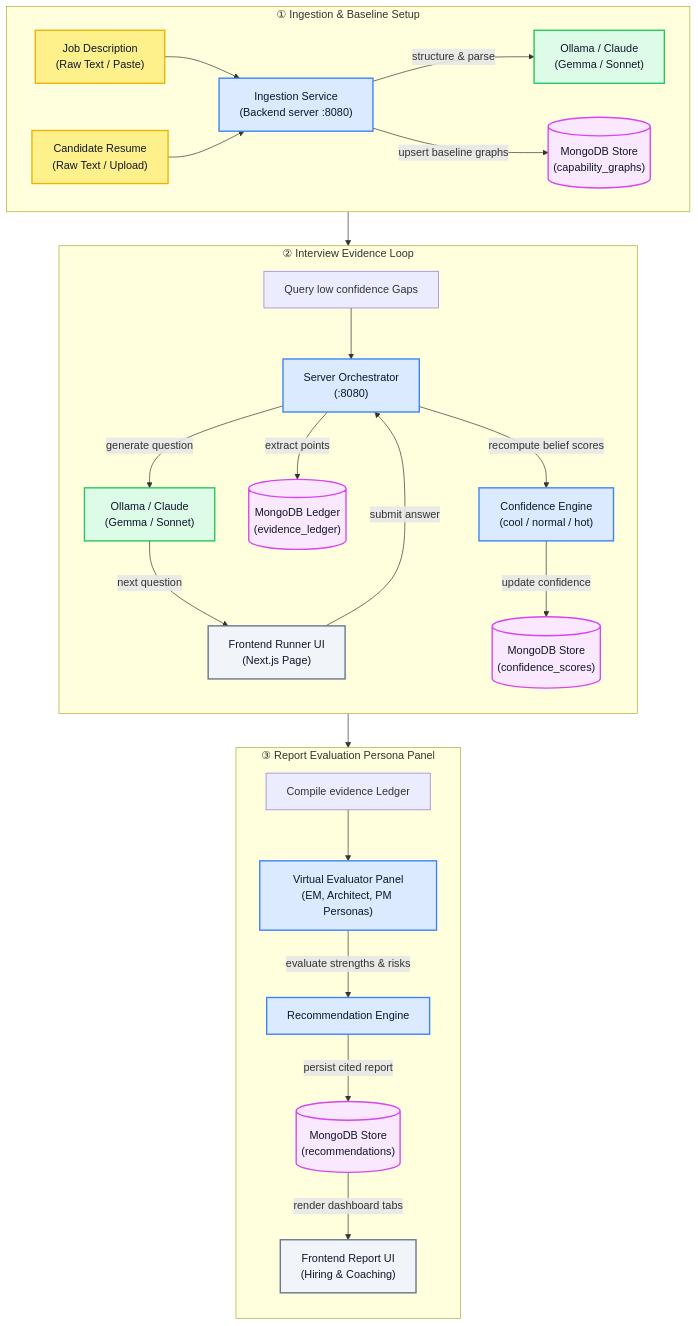
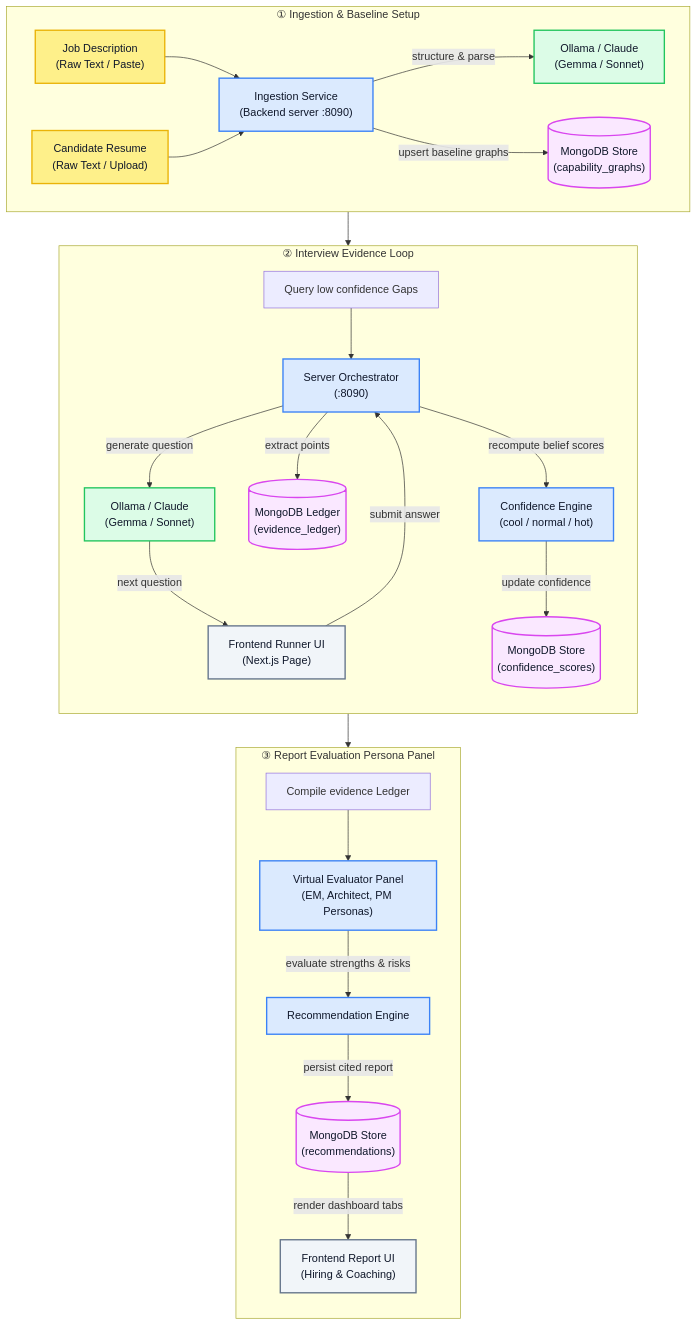
One commit to dharmendrra/rejected.ai changed the diagram in README.md. Above: the diagram before and after it, drawn with Mermaid. The commit also changed other lines of this file and 15 other files, not shown here.

````diff
--- a/README.md
+++ b/README.md
@@ -13,49 +13,49 @@
 ```mermaid
 flowchart TD
     %% Subgraph 1: Ingestion Pipeline
     subgraph Phase1["① Ingestion & Baseline Setup"]
         direction LR
-        JD["Job Description<br>(Raw Text / Paste)"] --> IngestService["Ingestion Service<br>(Backend server :8080)"]
+        JD["Job Description<br>(Raw Text / Paste)"] --> IngestService["Ingestion Service<br>(Backend server :8090)"]
         CV["Candidate Resume<br>(Raw Text / Upload)"] --> IngestService
         IngestService -->|structure & parse| LLMGen["Ollama / Claude<br>(Gemma / Sonnet)"]
         IngestService -->|upsert baseline graphs| DBGraphs[("MongoDB Store<br>(capability_graphs)")]
     end
 
     %% Subgraph 2: Interview Evidence Loop
     subgraph Phase2["② Interview Evidence Loop"]
         direction TB
-        GraphsQuery["Query low confidence Gaps"] --> ServerOrch["Server Orchestrator<br>(:8080)"]
+        GraphsQuery["Query low confidence Gaps"] --> ServerOrch["Server Orchestrator<br>(:8090)"]
         ServerOrch -->|generate question| LLMGenLoop["Ollama / Claude<br>(Gemma / Sonnet)"]
         LLMGenLoop -->|next question| RunnerUI["Frontend Runner UI<br>(Next.js Page)"]
         RunnerUI -->|submit answer| ServerOrch
         ServerOrch -->|extract points| EvidenceLEDG[("MongoDB Ledger<br>(evidence_ledger)")]
         ServerOrch -->|recompute belief scores| ConfModel["Confidence Engine<br>(cool / normal / hot)"]
         ConfModel -->|update confidence| DBConfidence[("MongoDB Store<br>(confidence_scores)")]
     end
 
     %% Subgraph 3: Final Report Evaluation
     subgraph Phase3["③ Report Evaluation Persona Panel"]
         direction TB
         LedgerExtract["Compile evidence Ledger"] --> EvaluatorPanel["Virtual Evaluator Panel<br>(EM, Architect, PM Personas)"]
         EvaluatorPanel -->|evaluate strengths & risks| RecEngine["Recommendation Engine"]
         RecEngine -->|persist cited report| DBRec[("MongoDB Store<br>(recommendations)")]
         DBRec -->|render dashboard tabs| ReportUI["Frontend Report UI<br>(Hiring & Coaching)"]
     end
 
     %% Sequential Phase Connectors (Ensures perfect alignment of the subgraphs)
     Phase1 --> Phase2
     Phase2 --> Phase3
 
     %% Styling
     classDef primary fill:#fef08a,stroke:#eab308,color:#0f172a,stroke-width:2px;
     classDef secondary fill:#dbeafe,stroke:#3b82f6,color:#0f172a,stroke-width:2px;
     classDef database fill:#fae8ff,stroke:#d946ef,color:#0f172a,stroke-width:2px;
     classDef llm fill:#dcfce7,stroke:#22c55e,color:#0f172a,stroke-width:2px;
     classDef ui fill:#f1f5f9,stroke:#64748b,color:#0f172a,stroke-width:2px;
 
     class JD,CV primary;
     class IngestService,ServerOrch,ConfModel,EvaluatorPanel,RecEngine secondary;
     class DBGraphs,EvidenceLEDG,DBConfidence,DBRec database;
     class LLMGen,LLMGenLoop llm;
     class RunnerUI,ReportUI ui;
 ```
````
